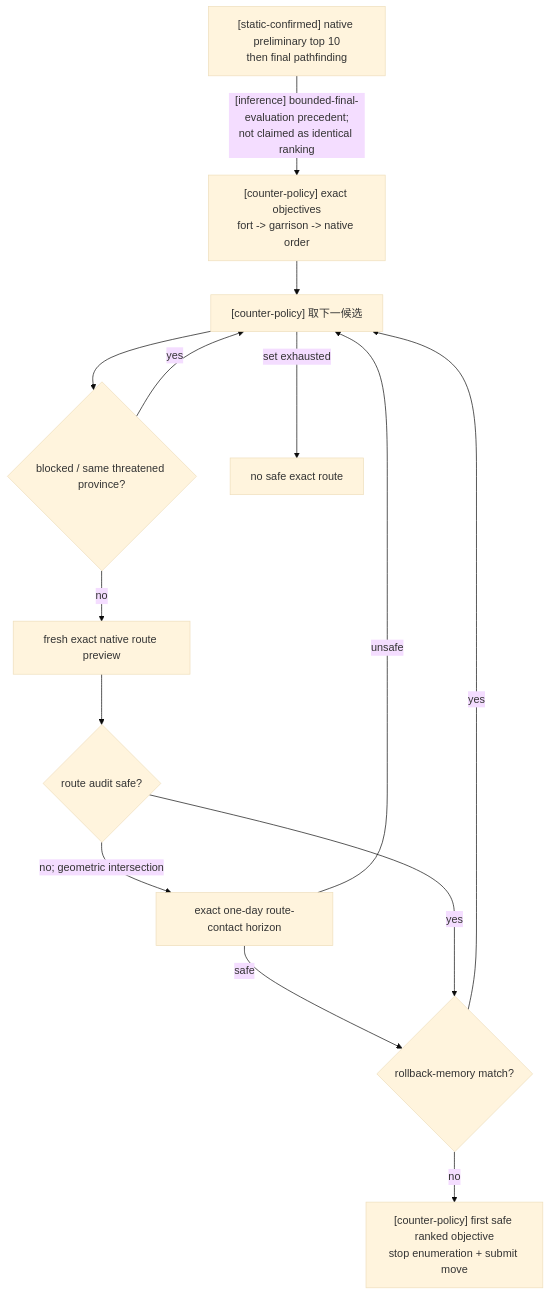
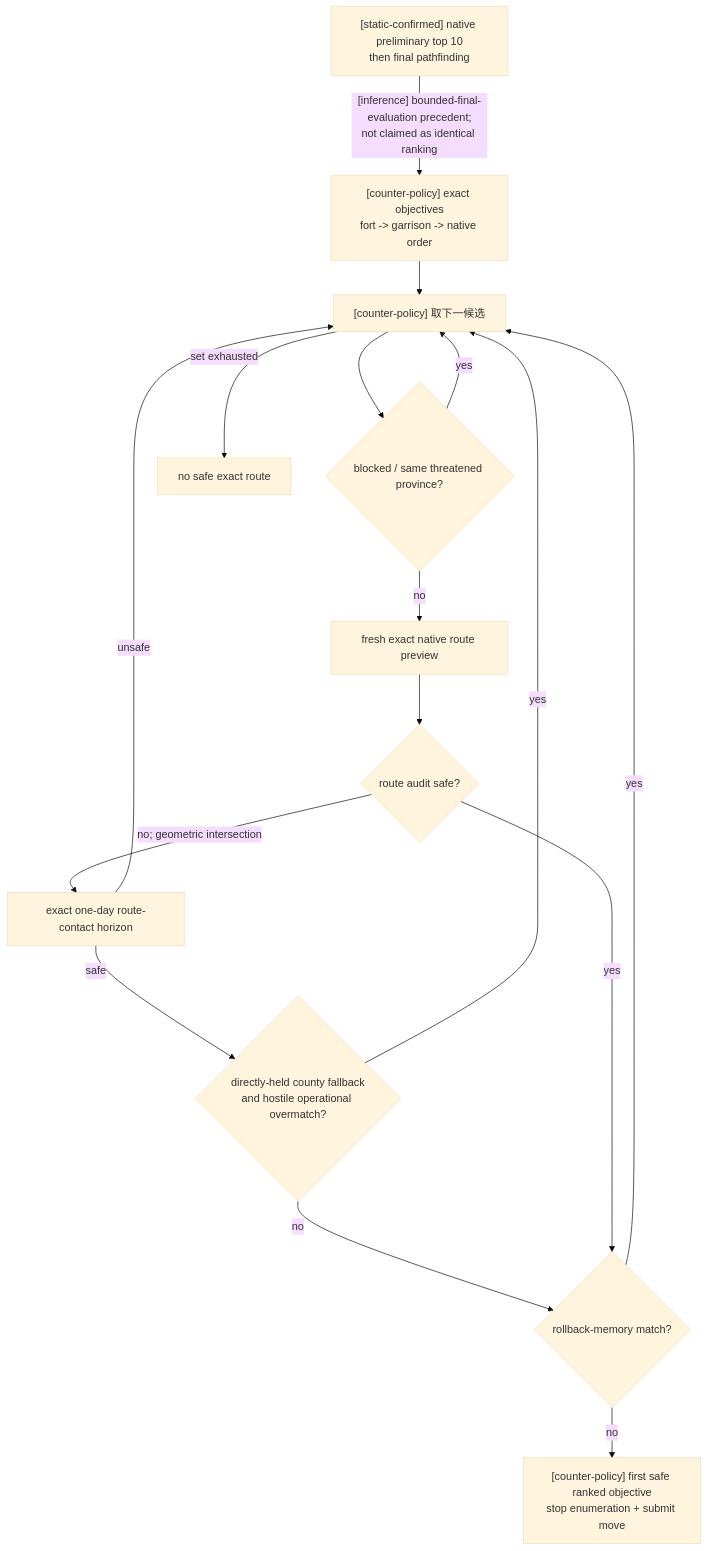
Before and after one commit to XenoAmess/ck3_eternal_recurrence: the fourth of 10 diagrams in docs/ck3-native-ai/army-controller.md, drawn with Mermaid (base theme). The commit also changed other lines of this file and 3 other files, not shown here.

````diff
--- a/docs/ck3-native-ai/army-controller.md
+++ b/docs/ck3-native-ai/army-controller.md
@@ -188,16 +188,18 @@
 ```mermaid
 flowchart TD
     P["[counter-policy] exact objectives<br/>fort -> garrison -> native order"] --> C["[counter-policy] 取下一候选"]
     C --> B{"blocked / same threatened province?"}
     B -->|yes| C
     B -->|no| R["fresh exact native route preview"]
     R --> A{"route audit safe?"}
     A -->|no; geometric intersection| H["exact one-day route-contact horizon"]
     H -->|unsafe| C
-    H -->|safe| K{"rollback-memory match?"}
+    H -->|safe| V{"directly-held county fallback<br/>and hostile operational overmatch?"}
+    V -->|yes| C
+    V -->|no| K{"rollback-memory match?"}
     A -->|yes| K
     K -->|yes| C
     K -->|no| M["[counter-policy] first safe ranked objective<br/>stop enumeration + submit move"]
     C -->|set exhausted| N["no safe exact route"]
     O["[static-confirmed] native preliminary top 10<br/>then final pathfinding"] -->|"[inference] bounded-final-evaluation precedent;<br/>not claimed as identical ranking"| P
 ```
````
